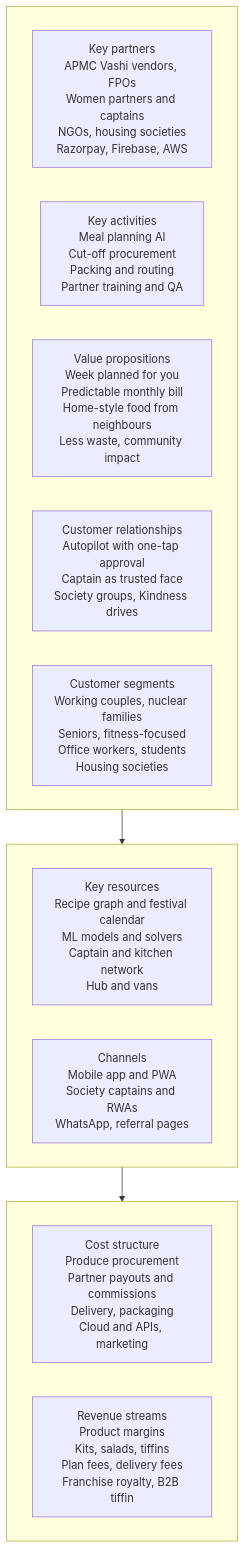
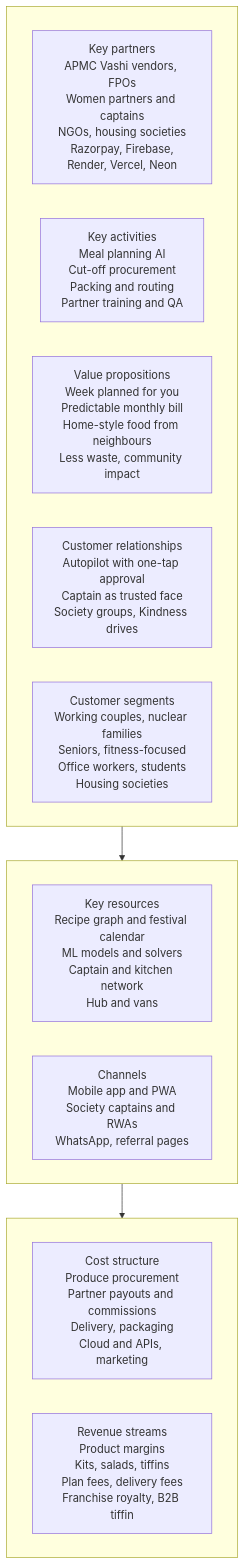
One commit to prelekar7/GharBasket changed the first of 3 diagrams in docs/handbook/02-market-and-business.md. Above: the diagram before and after it, drawn with Mermaid. The commit also changed 58 other files, not shown here.

````diff
--- a/docs/handbook/02-market-and-business.md
+++ b/docs/handbook/02-market-and-business.md
@@ -43,22 +43,22 @@
 ```mermaid
 flowchart TB
   subgraph TOP[" "]
     direction LR
-    KP["Key partners<br/>APMC Vashi vendors, FPOs<br/>Women partners and captains<br/>NGOs, housing societies<br/>Razorpay, Firebase, AWS"]
+    KP["Key partners<br/>APMC Vashi vendors, FPOs<br/>Women partners and captains<br/>NGOs, housing societies<br/>Razorpay, Firebase,<br/>Render, Vercel, Neon"]
     KA["Key activities<br/>Meal planning AI<br/>Cut-off procurement<br/>Packing and routing<br/>Partner training and QA"]
     VP["Value propositions<br/>Week planned for you<br/>Predictable monthly bill<br/>Home-style food from neighbours<br/>Less waste, community impact"]
     CR["Customer relationships<br/>Autopilot with one-tap approval<br/>Captain as trusted face<br/>Society groups, Kindness drives"]
     CS["Customer segments<br/>Working couples, nuclear families<br/>Seniors, fitness-focused<br/>Office workers, students<br/>Housing societies"]
   end
   subgraph MID[" "]
     direction LR
     KR["Key resources<br/>Recipe graph and festival calendar<br/>ML models and solvers<br/>Captain and kitchen network<br/>Hub and vans"]
     CH["Channels<br/>Mobile app and PWA<br/>Society captains and RWAs<br/>WhatsApp, referral pages"]
   end
   subgraph BOT[" "]
     direction LR
     CO["Cost structure<br/>Produce procurement<br/>Partner payouts and commissions<br/>Delivery, packaging<br/>Cloud and APIs, marketing"]
     RS["Revenue streams<br/>Product margins<br/>Kits, salads, tiffins<br/>Plan fees, delivery fees<br/>Franchise royalty, B2B tiffin"]
   end
   TOP --> MID --> BOT
 ```
````
